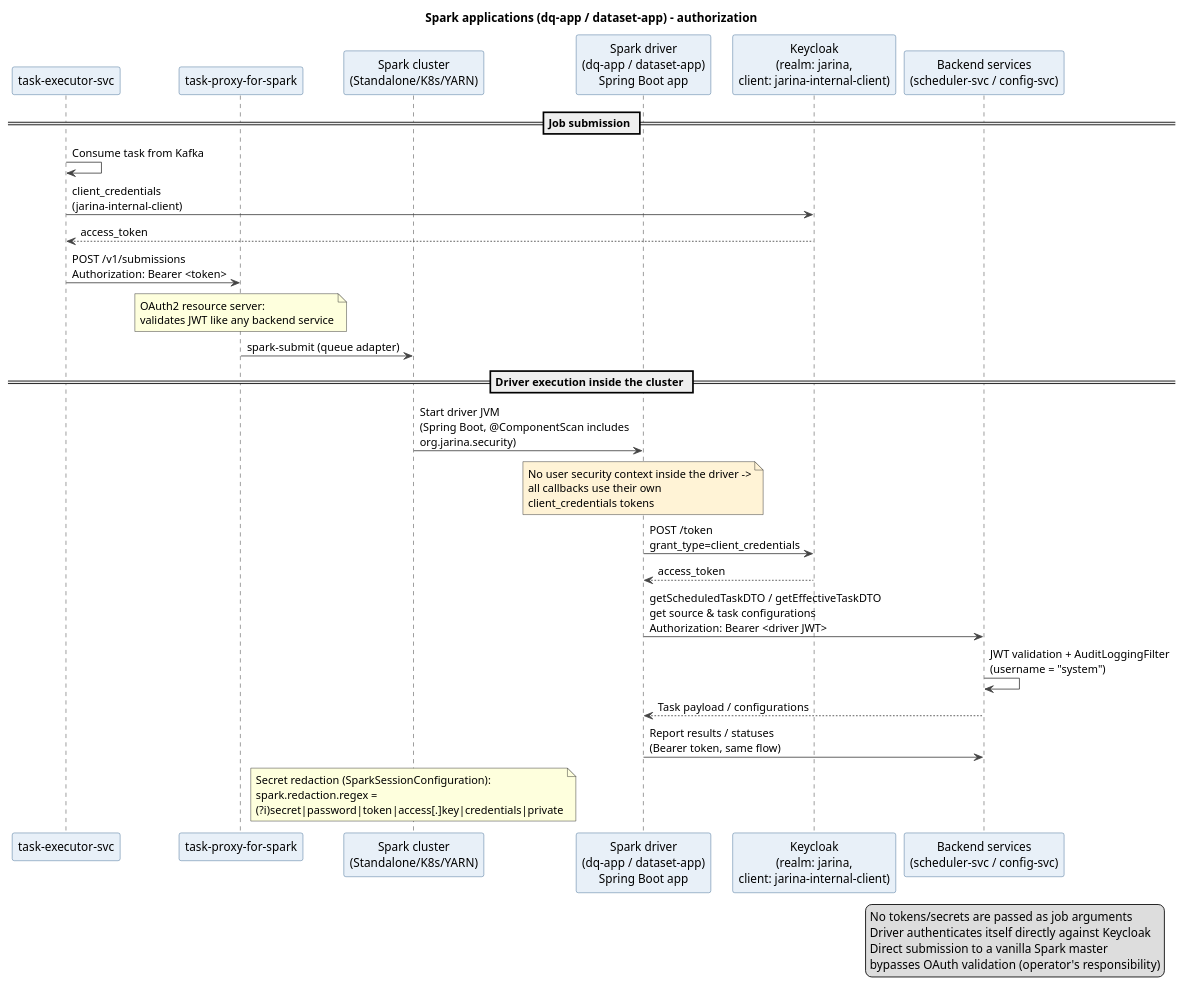
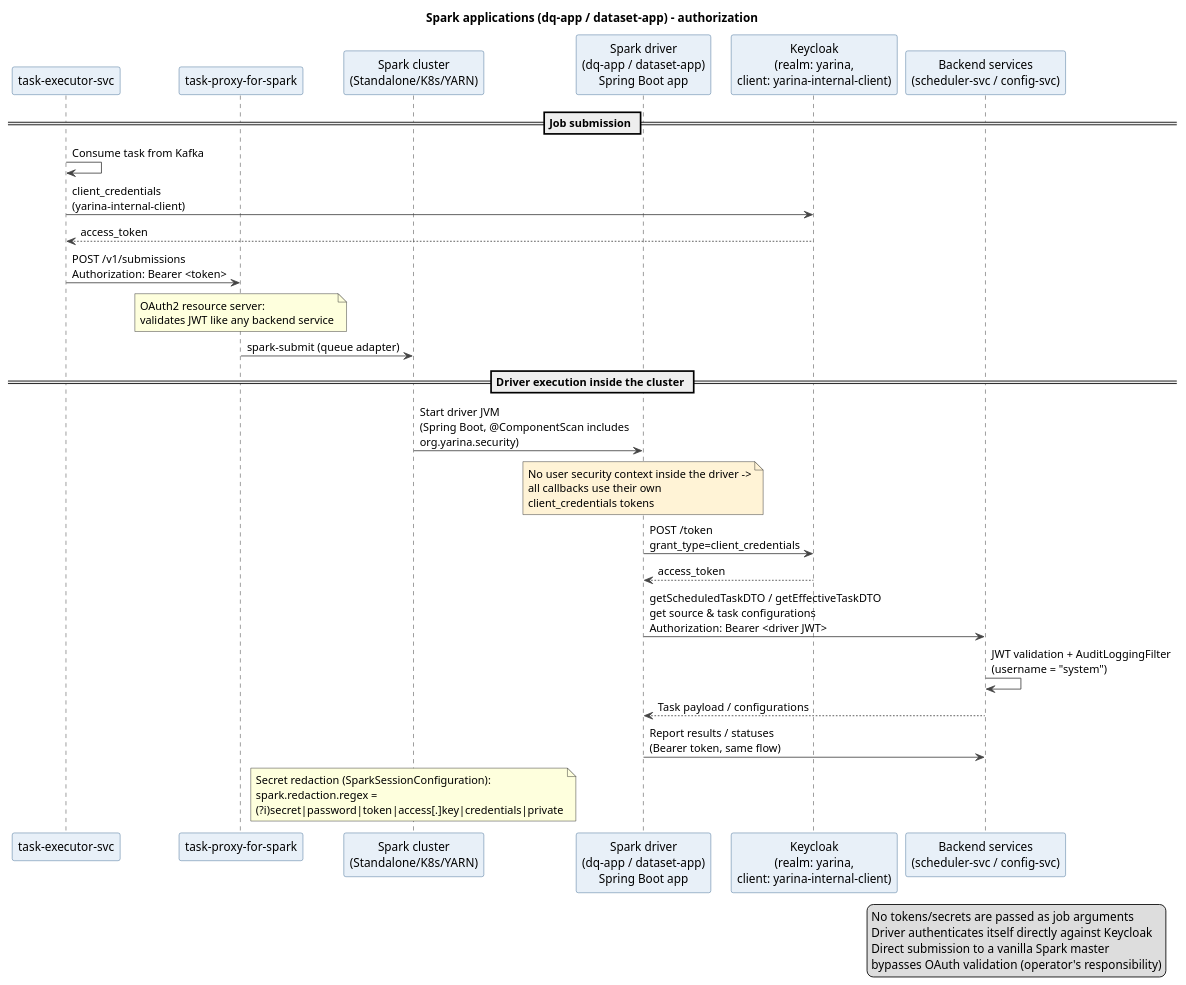
Before and after one commit to zaytsevdmitry/lakehouse: the diagram in doc/security/spark-apps-security.puml, drawn with PlantUML. The commit also changed 2174 other files, not shown here.

```diff
--- a/doc/security/spark-apps-security.puml
+++ b/doc/security/spark-apps-security.puml
@@ -1,57 +1,57 @@
 @startuml spark-apps-security
 title Spark applications (dq-app / dataset-app) - authorization
 
 skinparam sequence {
     ArrowColor #444444
     ActorBorderColor #2C5D8A
     LifeCycleBorderColor #2C5D8A
     ParticipantBorderColor #2C5D8A
     ParticipantBackgroundColor #E8F0F8
 }
 
 participant "task-executor-svc" as TE
 participant "task-proxy-for-spark" as PX
 participant "Spark cluster\n(Standalone/K8s/YARN)" as SC
 participant "Spark driver\n(dq-app / dataset-app)\nSpring Boot app" as DR
-participant "Keycloak\n(realm: jarina,\nclient: jarina-internal-client)" as KC
+participant "Keycloak\n(realm: yarina,\nclient: yarina-internal-client)" as KC
 participant "Backend services\n(scheduler-svc / config-svc)" as BE
 
 == Job submission ==
 
 TE -> TE : Consume task from Kafka
-TE -> KC : client_credentials\n(jarina-internal-client)
+TE -> KC : client_credentials\n(yarina-internal-client)
 KC --> TE : access_token
 TE -> PX : POST /v1/submissions\nAuthorization: Bearer <token>
 note over PX : OAuth2 resource server:\nvalidates JWT like any backend service
 PX -> SC : spark-submit (queue adapter)
 
 == Driver execution inside the cluster ==
 
-SC -> DR : Start driver JVM\n(Spring Boot, @ComponentScan includes\norg.jarina.security)
+SC -> DR : Start driver JVM\n(Spring Boot, @ComponentScan includes\norg.yarina.security)
 note over DR #FFF3D6
     No user security context inside the driver ->
     all callbacks use their own
     client_credentials tokens
 end note
 
 DR -> KC : POST /token\ngrant_type=client_credentials
 KC --> DR : access_token
 DR -> BE : getScheduledTaskDTO / getEffectiveTaskDTO\nget source & task configurations\nAuthorization: Bearer <driver JWT>
 BE -> BE : JWT validation + AuditLoggingFilter\n(username = "system")
 BE --> DR : Task payload / configurations
 
 DR -> BE : Report results / statuses\n(Bearer token, same flow)
 
 note over SC
     Secret redaction (SparkSessionConfiguration):
     spark.redaction.regex =
     (?i)secret|password|token|access[.]key|credentials|private
 end note
 
 legend right
     No tokens/secrets are passed as job arguments
     Driver authenticates itself directly against Keycloak
     Direct submission to a vanilla Spark master
     bypasses OAuth validation (operator's responsibility)
 end legend
 @enduml
```
